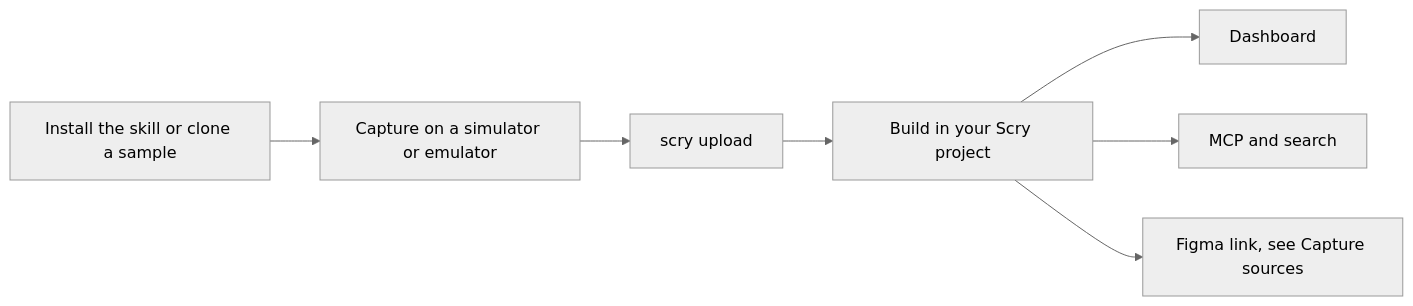
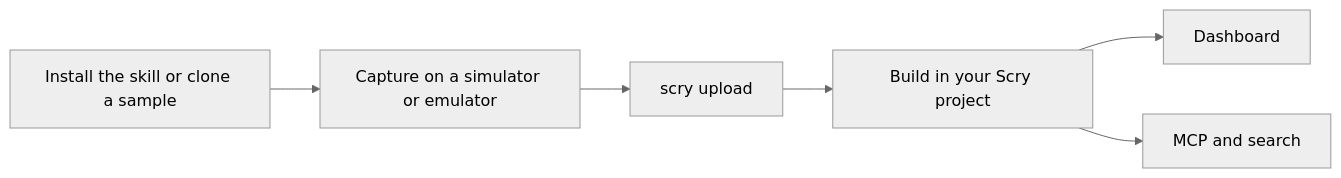
One commit to epinnock/scry-docs changed the diagram in guide/native-apps.md. Above: the diagram before and after it, drawn with Mermaid (neutral theme). The commit also changed other lines of this file and 4 other files, not shown here.

````diff
--- a/guide/native-apps.md
+++ b/guide/native-apps.md
@@ -21,9 +21,8 @@
 ```mermaid
 flowchart LR
   A["Install the skill or clone a sample"] --> B["Capture on a simulator or emulator"]
   B --> C["scry upload"]
   C --> D["Build in your Scry project"]
   D --> E["Dashboard"]
   D --> F["MCP and search"]
-  D --> G["Figma link, see Capture sources"]
 ```
````
